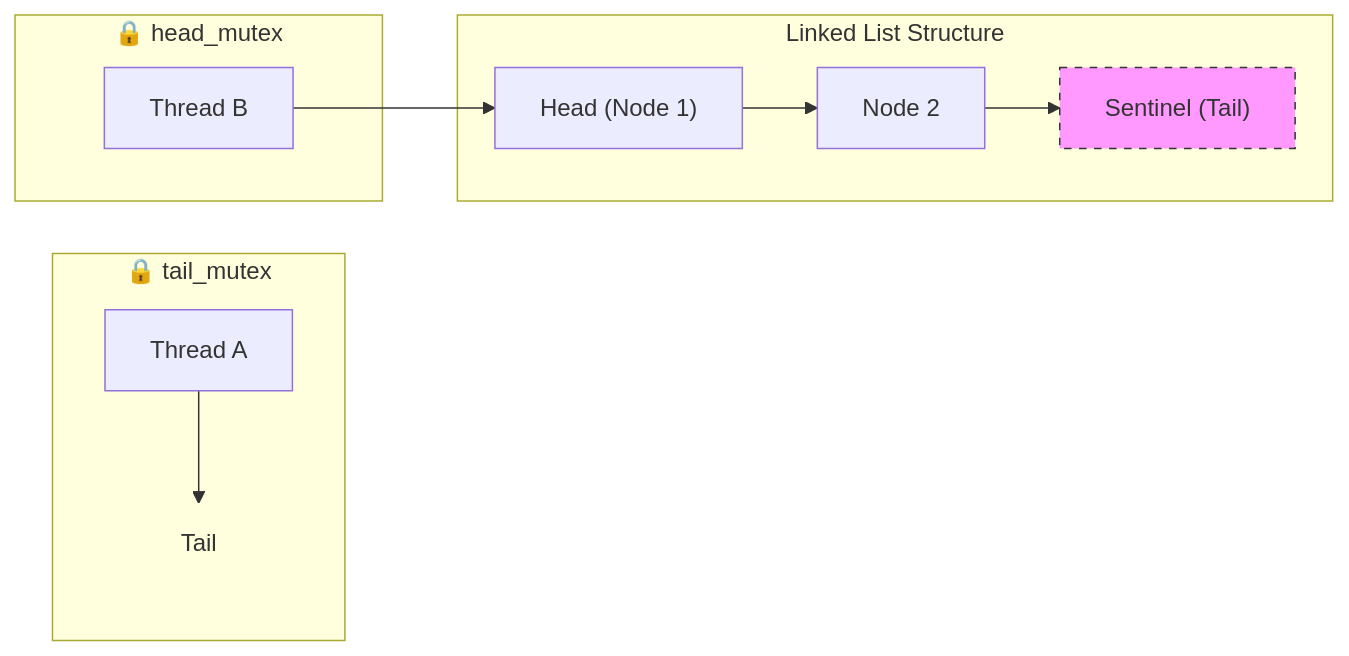
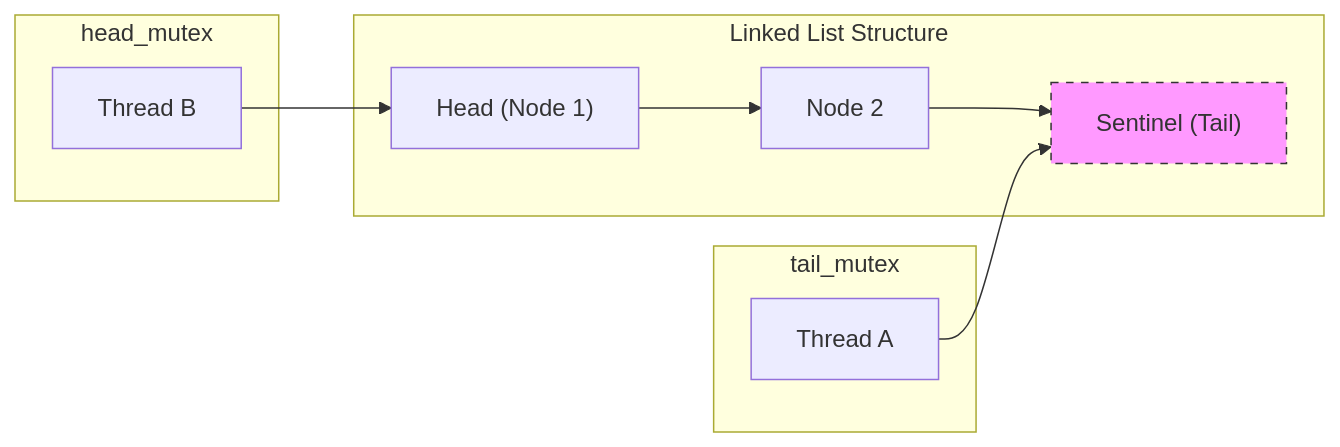
Before and after one commit to cryptic-mortal/ThreadSafe-Queue: the diagram in README.md, drawn with Mermaid.

Commit message:
Changed readme a bit

````diff
--- a/README.md
+++ b/README.md
@@ -33,18 +33,17 @@
 ```mermaid
 graph LR
-    subgraph Producers ["🔒 tail_mutex"]
-        T[Thread A] --> Tail
-    end
-
     subgraph Queue ["Linked List Structure"]
         Head["Head (Node 1)"] --> Node2["Node 2"]
         Node2 --> Dummy["Sentinel (Tail)"]
     end
 
-    subgraph Consumers ["🔒 head_mutex"]
+    subgraph Producers ["tail_mutex"]
+        T[Thread A] --> Dummy
+    end
+
+    subgraph Consumers ["head_mutex"]
         Pop[Thread B] --> Head
     end
 
     style Dummy fill:#f9f,stroke:#333,stroke-dasharray: 5 5
-    style Tail fill:#fff0,stroke:#fff0
 ```
````
